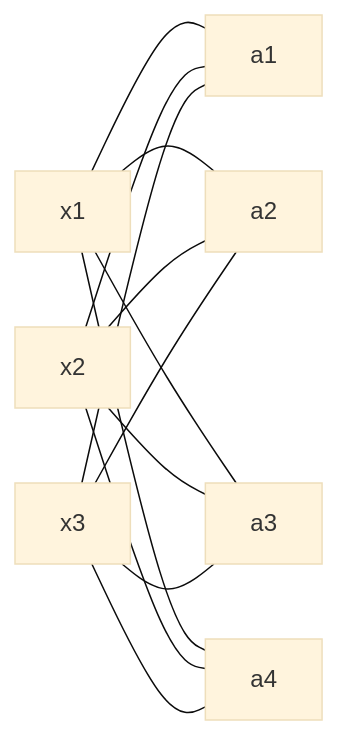
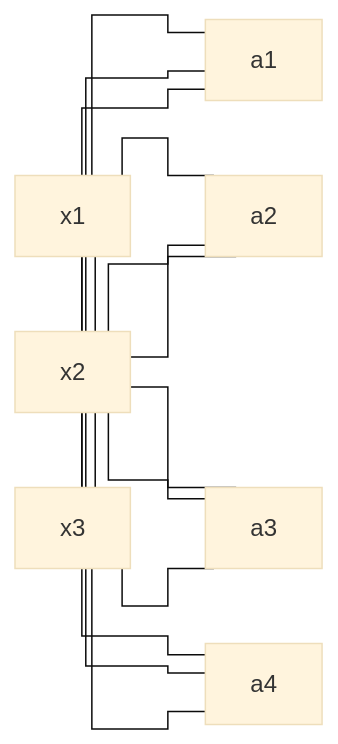
The diagram in Data Science Notes/DL Specialization/1. Neural Networks/Week3/Shallow Neural Network.md (VanshDeshwal/notes), drawn with Mermaid (base theme) before and after one commit.

Commit message:
vault backup: 2025-06-17 01:58:23

````diff
--- a/Data Science Notes/DL Specialization/1. Neural Networks/Week3/Shallow Neural Network.md
+++ b/Data Science Notes/DL Specialization/1. Neural Networks/Week3/Shallow Neural Network.md
@@ -7,17 +7,18 @@
 ```mermaid
+%%{init: { 'flowchart': { 'curve': 'stepBefore' } } }%%
 graph LR
 
 x1 --- a1
 x1 --- a2
 x1 --- a3
 x1 --- a4
 x2 --- a1
 x2 --- a2
 x2 --- a3
 x2 --- a4
 x3 --- a1
 x3 --- a2
 x3 --- a3
 x3 --- a4
 
 ```
````
